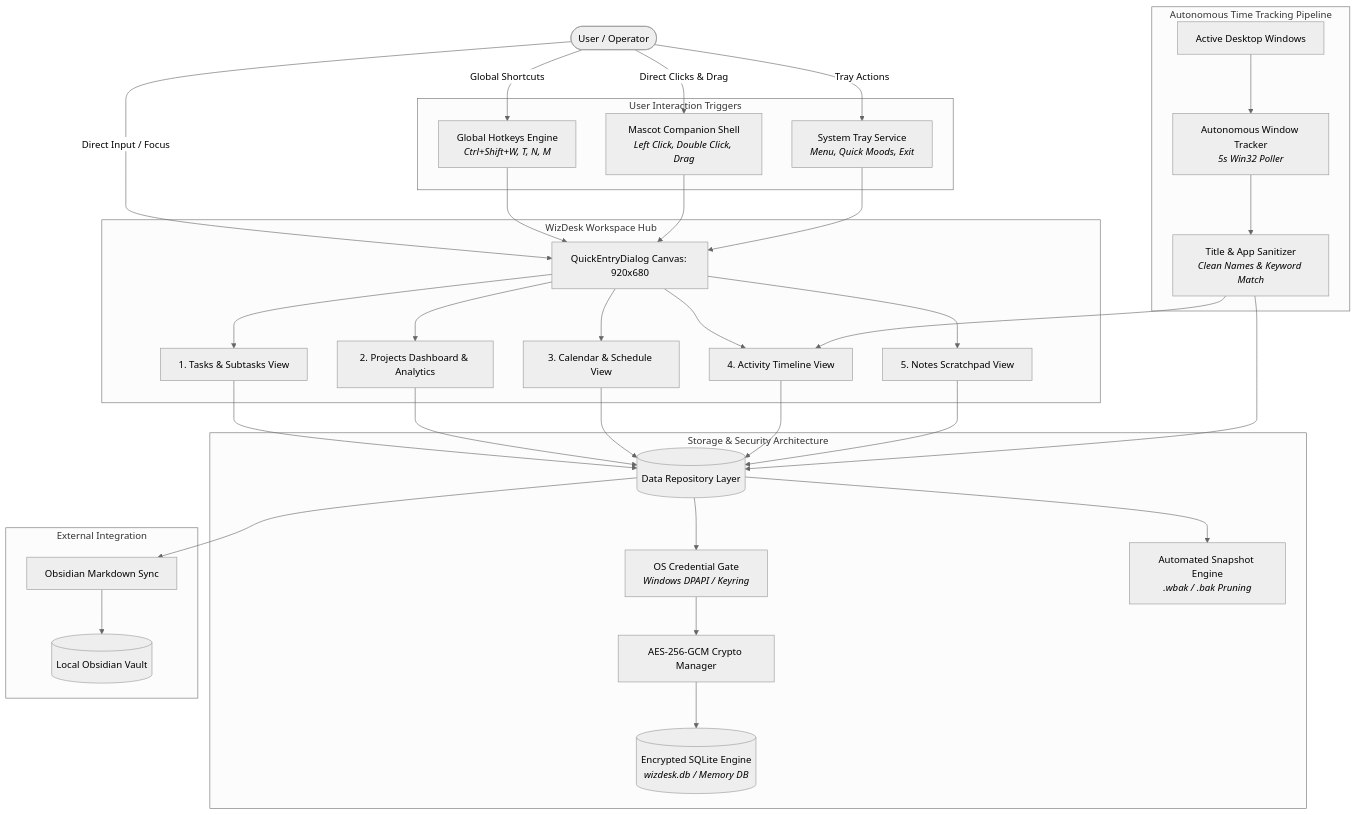
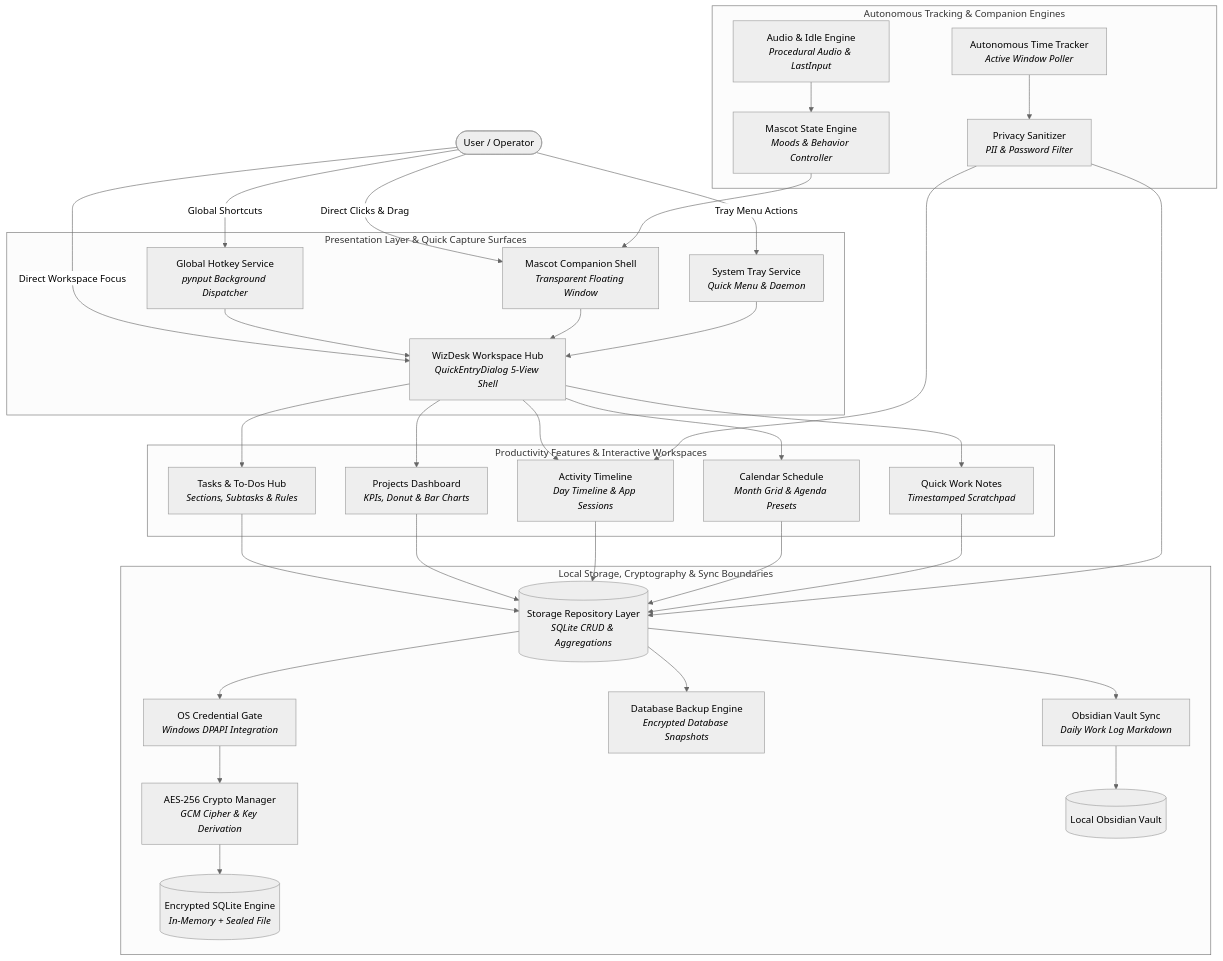
The diagram in README.md (Lukog10/WizDesk), drawn with Mermaid (neutral theme) before and after one commit. The commit also changed other lines of this file and 3 other files, not shown here.

Commit message:
fix(ui): eliminate task button flicker and align README with Archify architecture

````diff
--- a/README.md
+++ b/README.md
@@ -44,72 +119,72 @@
 ```mermaid
 graph TD
     USER([User / Operator])
 
-    subgraph Triggers [User Interaction Triggers]
-        HOTKEYS[Global Hotkeys Engine<br><i>Ctrl+Shift+W, T, N, M</i>]
-        MASCOT[Mascot Companion Shell<br><i>Left Click, Double Click, Drag</i>]
-        TRAY[System Tray Service<br><i>Menu, Quick Moods, Exit</i>]
+    subgraph Triggers [Presentation Layer & Quick Capture Surfaces]
+        HOTKEYS[Global Hotkey Service<br><i>pynput Background Dispatcher</i>]
+        MASCOT[Mascot Companion Shell<br><i>Transparent Floating Window</i>]
+        TRAY[System Tray Service<br><i>Quick Menu & Daemon</i>]
+        WORKSPACE[WizDesk Workspace Hub<br><i>QuickEntryDialog 5-View Shell</i>]
     end
 
-    subgraph Hub [WizDesk Workspace Hub]
-        WORKSPACE[QuickEntryDialog Canvas: 920x680]
-        VIEW_TASKS[1. Tasks & Subtasks View]
-        VIEW_DASH[2. Projects Dashboard & Analytics]
-        VIEW_CAL[3. Calendar & Schedule View]
-        VIEW_TIMELINE[4. Activity Timeline View]
-        VIEW_NOTES[5. Notes Scratchpad View]
+    subgraph Workspaces [Productivity Features & Interactive Workspaces]
+        VIEW_TASKS[Tasks & To-Dos Hub<br><i>Sections, Subtasks & Rules</i>]
+        VIEW_DASH[Projects Dashboard<br><i>KPIs, Donut & Bar Charts</i>]
+        VIEW_TIMELINE[Activity Timeline<br><i>Day Timeline & App Sessions</i>]
+        VIEW_CAL[Calendar Schedule<br><i>Month Grid & Agenda Presets</i>]
+        VIEW_NOTES[Quick Work Notes<br><i>Timestamped Scratchpad</i>]
     end
 
-    subgraph Tracking_Pipeline [Autonomous Time Tracking Pipeline]
-        ACTIVE_WIN[Active Desktop Windows]
-        POLLER[Autonomous Window Tracker<br><i>5s Win32 Poller</i>]
-        SANITIZER[Title & App Sanitizer<br><i>Clean Names & Keyword Match</i>]
+    subgraph Tracking_Pipeline [Autonomous Tracking & Companion Engines]
+        POLLER[Autonomous Time Tracker<br><i>Active Window Poller</i>]
+        SANITIZER[Privacy Sanitizer<br><i>PII & Password Filter</i>]
+        IDLE_ENGINE[Audio & Idle Engine<br><i>Procedural Audio & LastInput</i>]
+        STATE_ENGINE[Mascot State Engine<br><i>Moods & Behavior Controller</i>]
     end
 
-    subgraph Storage_Pipeline [Storage & Security Architecture]
-        REPO[(Data Repository Layer)]
-        GATE[OS Credential Gate<br><i>Windows DPAPI / Keyring</i>]
-        CRYPTO[AES-256-GCM Crypto Manager]
-        SQLITE[(Encrypted SQLite Engine<br><i>wizdesk.db / Memory DB</i>)]
-        BACKUP[Automated Snapshot Engine<br><i>.wbak / .bak Pruning</i>]
-    end
-
-    subgraph Sync_Integration [External Integration]
-        OBSIDIAN[Obsidian Markdown Sync]
+    subgraph Storage_Pipeline [Local Storage, Cryptography & Sync Boundaries]
+        REPO[(Storage Repository Layer<br><i>SQLite CRUD & Aggregations</i>)]
+        GATE[OS Credential Gate<br><i>Windows DPAPI Integration</i>]
+        CRYPTO[AES-256 Crypto Manager<br><i>GCM Cipher & Key Derivation</i>]
+        SQLITE[(Encrypted SQLite Engine<br><i>In-Memory + Sealed File</i>)]
+        BACKUP[Database Backup Engine<br><i>Encrypted Database Snapshots</i>]
+        OBSIDIAN[Obsidian Vault Sync<br><i>Daily Work Log Markdown</i>]
         VAULT[(Local Obsidian Vault)]
     end
 
     USER -->|Global Shortcuts| HOTKEYS
     USER -->|Direct Clicks & Drag| MASCOT
-    USER -->|Tray Actions| TRAY
-    USER -->|Direct Input / Focus| WORKSPACE
+    USER -->|Tray Menu Actions| TRAY
+    USER -->|Direct Workspace Focus| WORKSPACE
 
     HOTKEYS --> WORKSPACE
     MASCOT --> WORKSPACE
     TRAY --> WORKSPACE
 
     WORKSPACE --> VIEW_TASKS
     WORKSPACE --> VIEW_DASH
+    WORKSPACE --> VIEW_TIMELINE
     WORKSPACE --> VIEW_CAL
-    WORKSPACE --> VIEW_TIMELINE
     WORKSPACE --> VIEW_NOTES
 
     VIEW_TASKS --> REPO
     VIEW_DASH --> REPO
+    VIEW_TIMELINE --> REPO
     VIEW_CAL --> REPO
-    VIEW_TIMELINE --> REPO
     VIEW_NOTES --> REPO
 
-    ACTIVE_WIN --> POLLER
     POLLER --> SANITIZER
+    SANITIZER --> REPO
     SANITIZER --> VIEW_TIMELINE
-    SANITIZER --> REPO
+
+    IDLE_ENGINE --> STATE_ENGINE
+    STATE_ENGINE --> MASCOT
 
     REPO --> GATE
     GATE --> CRYPTO
     CRYPTO --> SQLITE
     REPO --> BACKUP
 
     REPO --> OBSIDIAN
     OBSIDIAN --> VAULT
 ```
````
